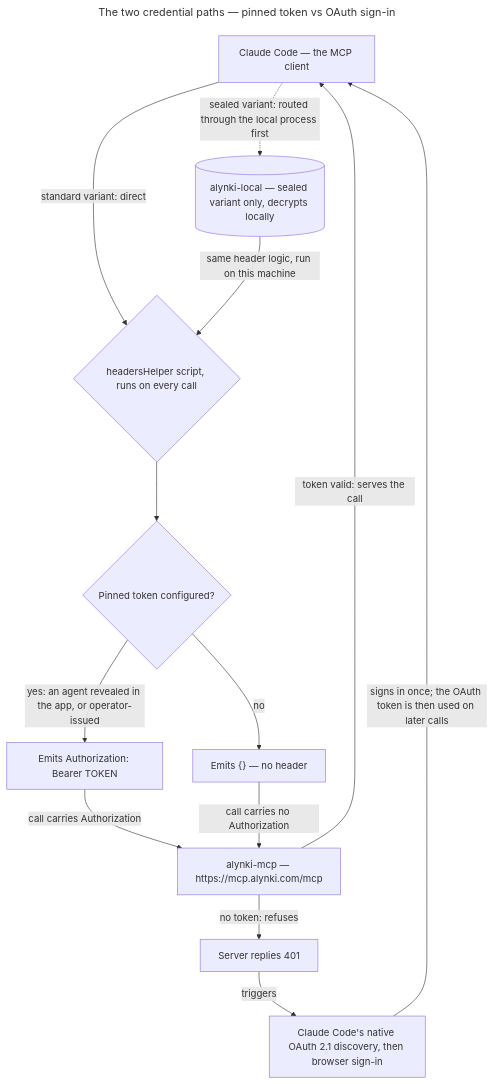
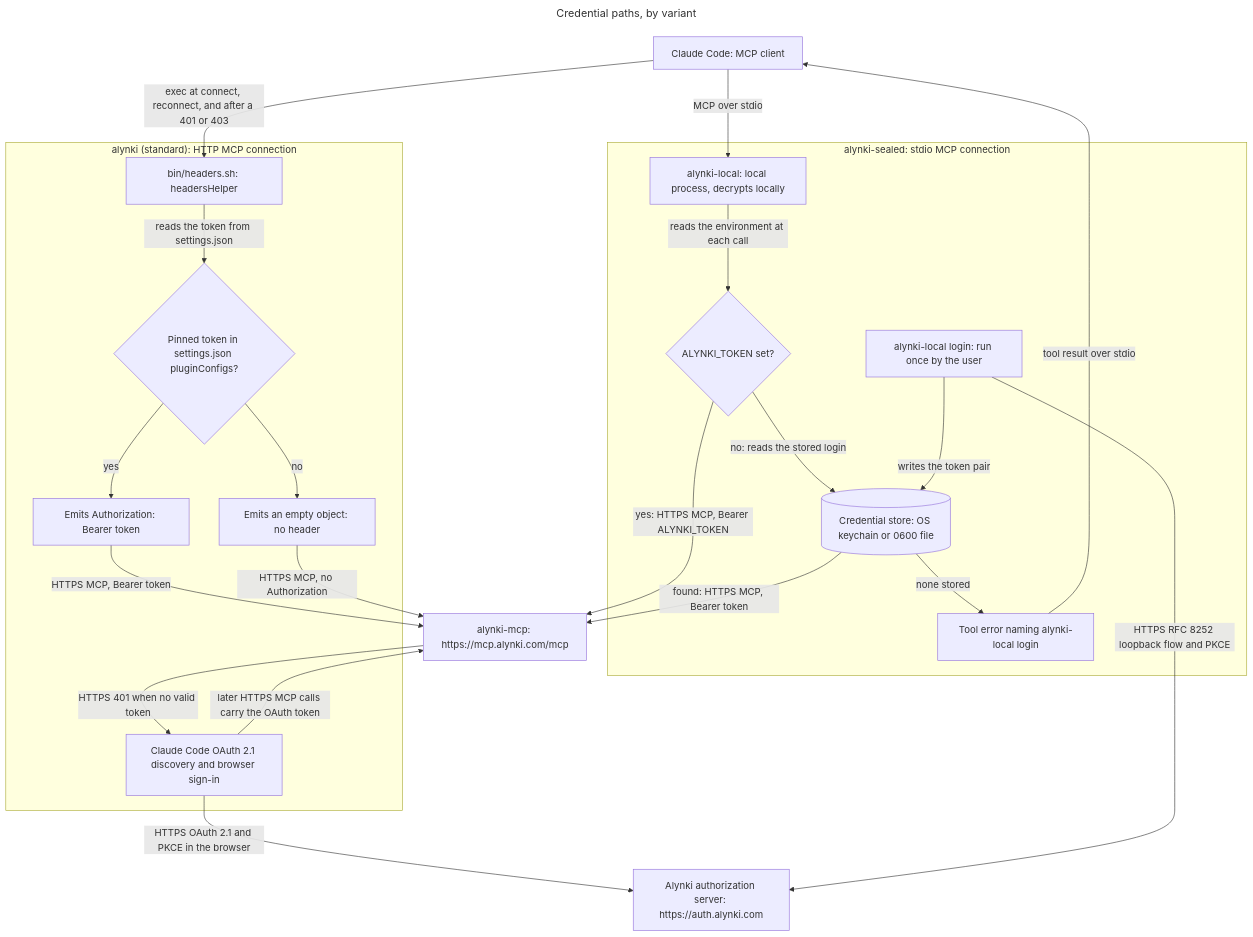
The first of 4 diagrams in README.md (alynki/plugin), drawn with Mermaid before and after one commit. The commit also changed other lines of this file, not shown here.

First line of the commit message:
alynki/alynki#1349 Plugin README: current credential paths, diagrams, layout (#47)

````diff
--- a/README.md
+++ b/README.md
@@ -21,28 +32,45 @@
 ```mermaid
 ---
-title: The two credential paths — pinned token vs OAuth sign-in
+title: Credential paths, by variant
 ---
 graph TB
-  cc["Claude Code — the MCP client"]
-  local[("alynki-local — sealed variant only, decrypts locally")]
-  helper{"headersHelper script, runs on every call"}
-  decide{"Pinned token configured?"}
-  hdr["Emits Authorization: Bearer TOKEN"]
-  empty["Emits {} — no header"]
-  srv["alynki-mcp — https://mcp.alynki.com/mcp"]
-  unauth["Server replies 401"]
-  oauth["Claude Code's native OAuth 2.1 discovery, then browser sign-in"]
+  cc["Claude Code: MCP client"]
+  srv["alynki-mcp: https://mcp.alynki.com/mcp"]
+  auth["Alynki authorization server: https://auth.alynki.com"]
 
-  cc -->|"standard variant: direct"| helper
-  cc -.->|"sealed variant: routed through the local process first"| local
-  local -->|"same header logic, run on this machine"| helper
-  helper --> decide
-  decide -->|"yes: an agent revealed in the app, or operator-issued"| hdr
-  decide -->|"no"| empty
-  hdr -->|"call carries Authorization"| srv
-  empty -->|"call carries no Authorization"| srv
-  srv -->|"token valid: serves the call"| cc
-  srv -->|"no token: refuses"| unauth
-  unauth -->|"triggers"| oauth
-  oauth -->|"signs in once; the OAuth token is then used on later calls"| cc
+  subgraph std["alynki (standard): HTTP MCP connection"]
+    helper["bin/headers.sh: headersHelper"]
+    tok{"Pinned token in settings.json pluginConfigs?"}
+    hdr["Emits Authorization: Bearer token"]
+    none["Emits an empty object: no header"]
+    oauth["Claude Code OAuth 2.1 discovery and browser sign-in"]
+  end
+
+  subgraph sld["alynki-sealed: stdio MCP connection"]
+    local["alynki-local: local process, decrypts locally"]
+    envtok{"ALYNKI_TOKEN set?"}
+    store[("Credential store: OS keychain or 0600 file")]
+    login["alynki-local login: run once by the user"]
+    err["Tool error naming alynki-local login"]
+  end
+
+  cc -->|"exec at connect, reconnect, and after a 401 or 403"| helper
+  helper -->|"reads the token from settings.json"| tok
+  tok -->|"yes"| hdr
+  tok -->|"no"| none
+  hdr -->|"HTTPS MCP, Bearer token"| srv
+  none -->|"HTTPS MCP, no Authorization"| srv
+  srv -->|"HTTPS 401 when no valid token"| oauth
+  oauth -->|"HTTPS OAuth 2.1 and PKCE in the browser"| auth
+  oauth -->|"later HTTPS MCP calls carry the OAuth token"| srv
+
+  cc -->|"MCP over stdio"| local
+  local -->|"reads the environment at each call"| envtok
+  envtok -->|"yes: HTTPS MCP, Bearer ALYNKI_TOKEN"| srv
+  envtok -->|"no: reads the stored login"| store
+  store -->|"found: HTTPS MCP, Bearer token"| srv
+  store -->|"none stored"| err
+  err -->|"tool result over stdio"| cc
+  login -->|"HTTPS RFC 8252 loopback flow and PKCE"| auth
+  login -->|"writes the token pair"| store
 ```
````
